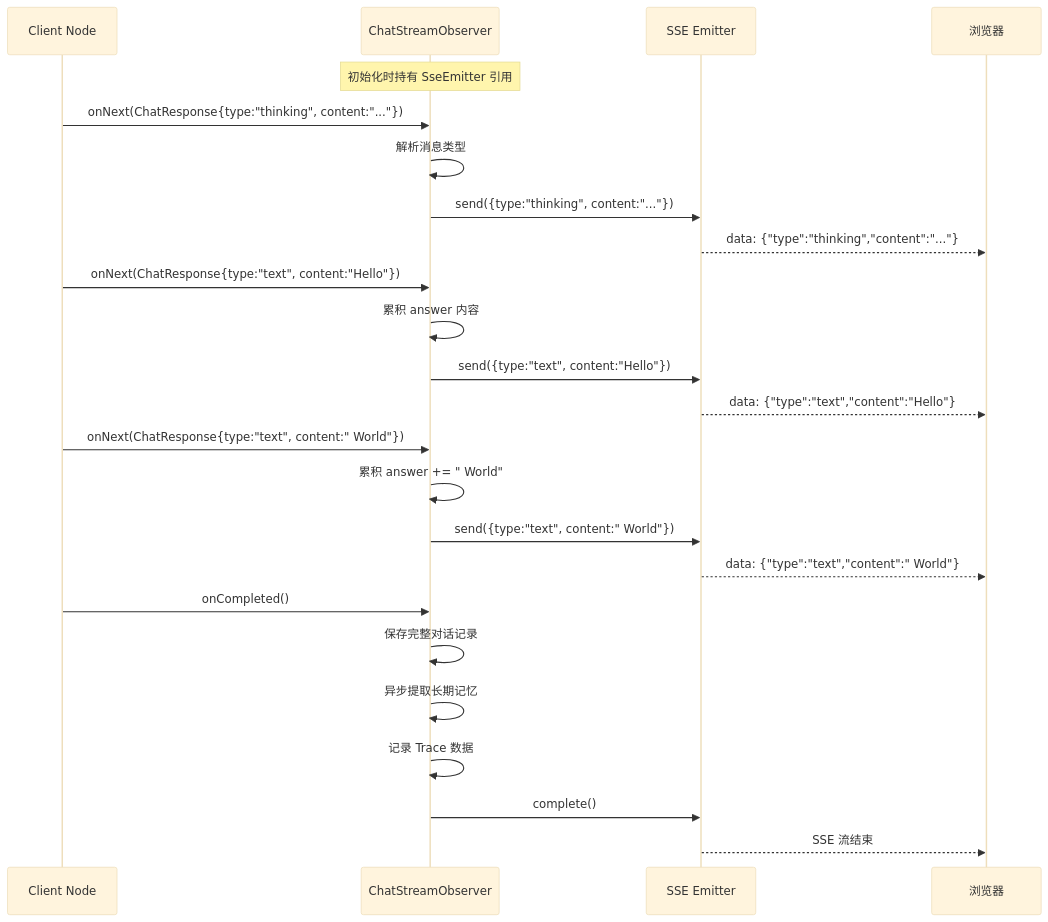
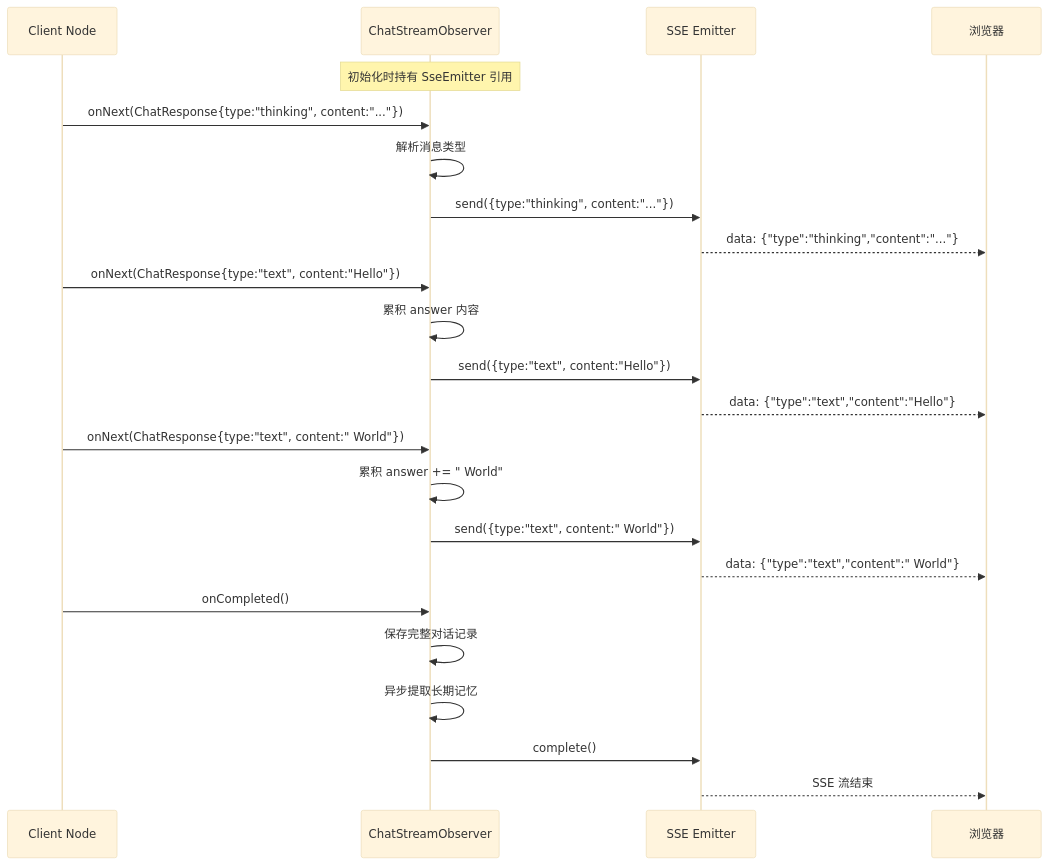
Diagram 13 of 18 in docs/architecture/agent-chain.md (aizuda/snail-ai), drawn with Mermaid (base theme) before and after one commit. The commit also changed other lines of this file and 41 other files, not shown here.

````diff
--- a/docs/architecture/agent-chain.md
+++ b/docs/architecture/agent-chain.md
@@ -296,31 +295,30 @@
 ```mermaid
 sequenceDiagram
     participant Client as Client Node
     participant Observer as ChatStreamObserver
     participant SSE as SSE Emitter
     participant Browser as 浏览器
 
     Note over Observer: 初始化时持有 SseEmitter 引用
 
     Client->>Observer: onNext(ChatResponse{type:"thinking", content:"..."})
     Observer->>Observer: 解析消息类型
     Observer->>SSE: send({type:"thinking", content:"..."})
     SSE-->>Browser: data: {"type":"thinking","content":"..."}
 
     Client->>Observer: onNext(ChatResponse{type:"text", content:"Hello"})
     Observer->>Observer: 累积 answer 内容
     Observer->>SSE: send({type:"text", content:"Hello"})
     SSE-->>Browser: data: {"type":"text","content":"Hello"}
 
     Client->>Observer: onNext(ChatResponse{type:"text", content:" World"})
     Observer->>Observer: 累积 answer += " World"
     Observer->>SSE: send({type:"text", content:" World"})
     SSE-->>Browser: data: {"type":"text","content":" World"}
 
     Client->>Observer: onCompleted()
     Observer->>Observer: 保存完整对话记录
     Observer->>Observer: 异步提取长期记忆
-    Observer->>Observer: 记录 Trace 数据
     Observer->>SSE: complete()
     SSE-->>Browser: SSE 流结束
 ```
````
